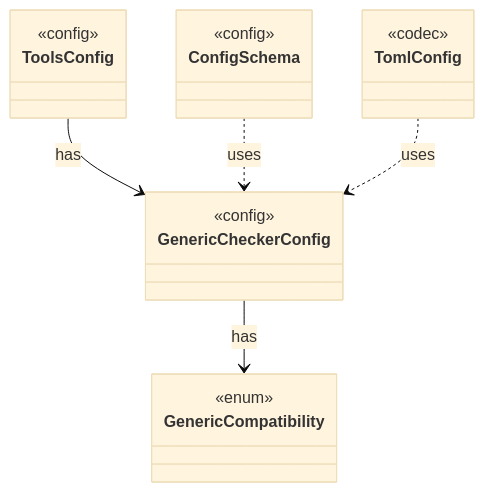
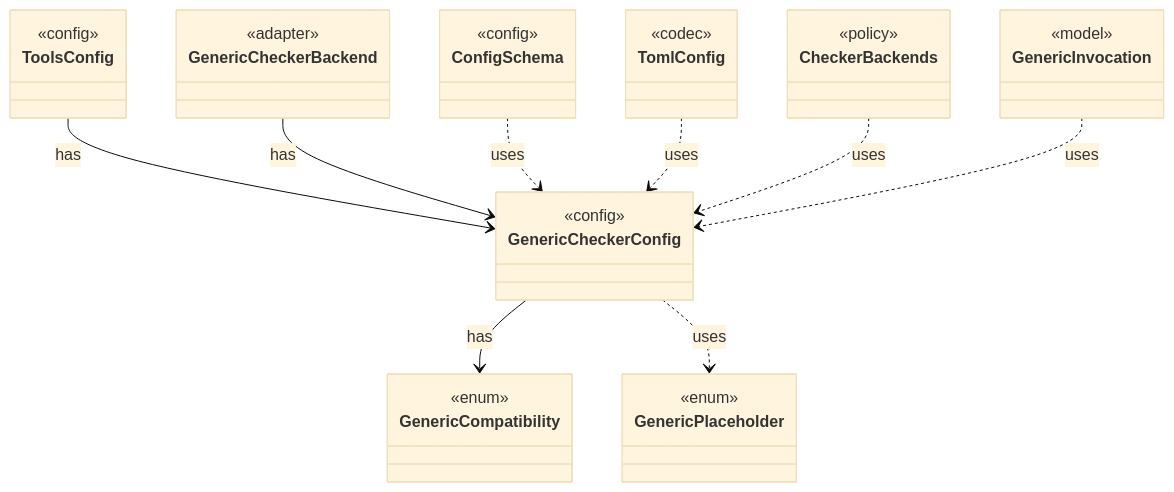
Before and after one commit to tlaplus/model-checker-hardening: the diagram in dev/types/io.github.tlaplus.hardening.config.GenericCheckerConfig.md, drawn with Mermaid (base theme). The commit also changed other lines of this file and 422 other files, not shown here.

````diff
--- a/dev/types/io.github.tlaplus.hardening.config.GenericCheckerConfig.md
+++ b/dev/types/io.github.tlaplus.hardening.config.GenericCheckerConfig.md
@@ -9,22 +9,38 @@
 ```mermaid
 classDiagram
   class GenericCheckerConfig {
     <<config>>
   }
   class GenericCompatibility {
     <<enum>>
   }
   class ToolsConfig {
     <<config>>
   }
+  class GenericCheckerBackend {
+    <<adapter>>
+  }
+  class GenericPlaceholder {
+    <<enum>>
+  }
   class ConfigSchema {
     <<config>>
   }
   class TomlConfig {
     <<codec>>
   }
+  class CheckerBackends {
+    <<policy>>
+  }
+  class GenericInvocation {
+    <<model>>
+  }
   GenericCheckerConfig --> GenericCompatibility : has
   ToolsConfig --> GenericCheckerConfig : has
+  GenericCheckerBackend --> GenericCheckerConfig : has
+  GenericCheckerConfig ..> GenericPlaceholder : uses
   ConfigSchema ..> GenericCheckerConfig : uses
   TomlConfig ..> GenericCheckerConfig : uses
+  CheckerBackends ..> GenericCheckerConfig : uses
+  GenericInvocation ..> GenericCheckerConfig : uses
 ```
````
